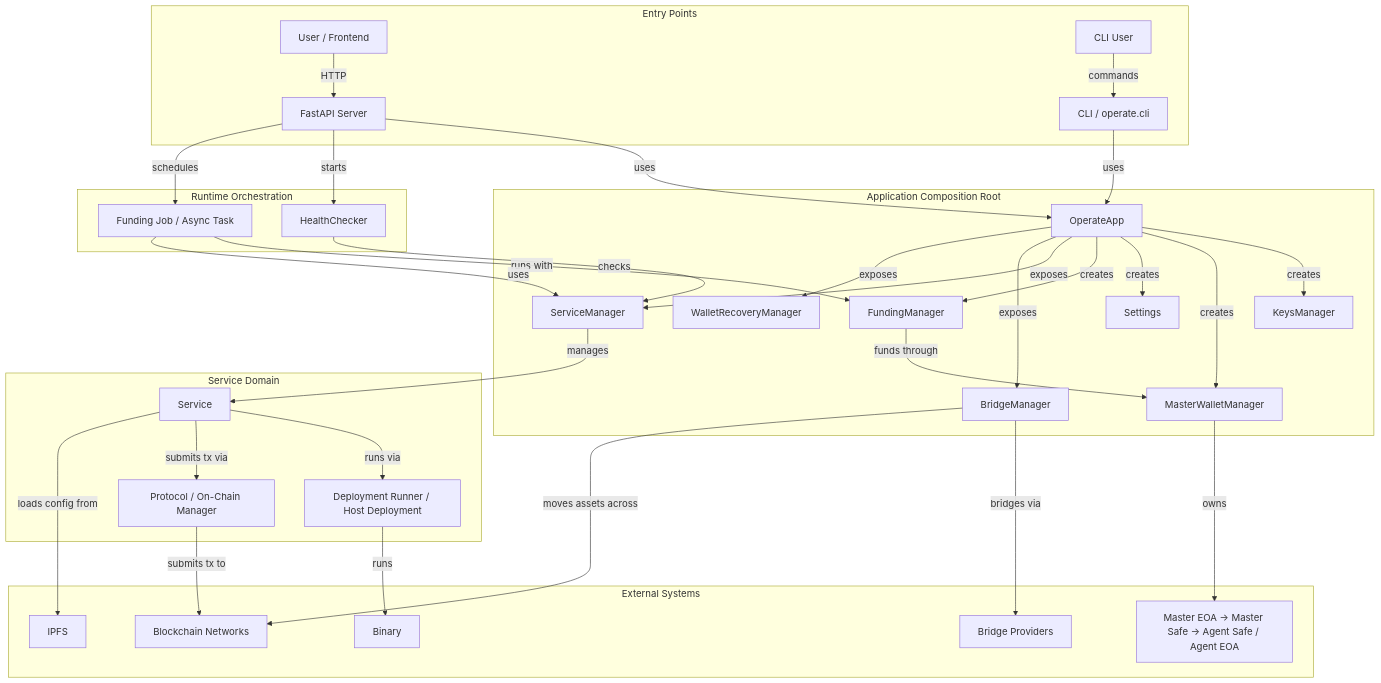
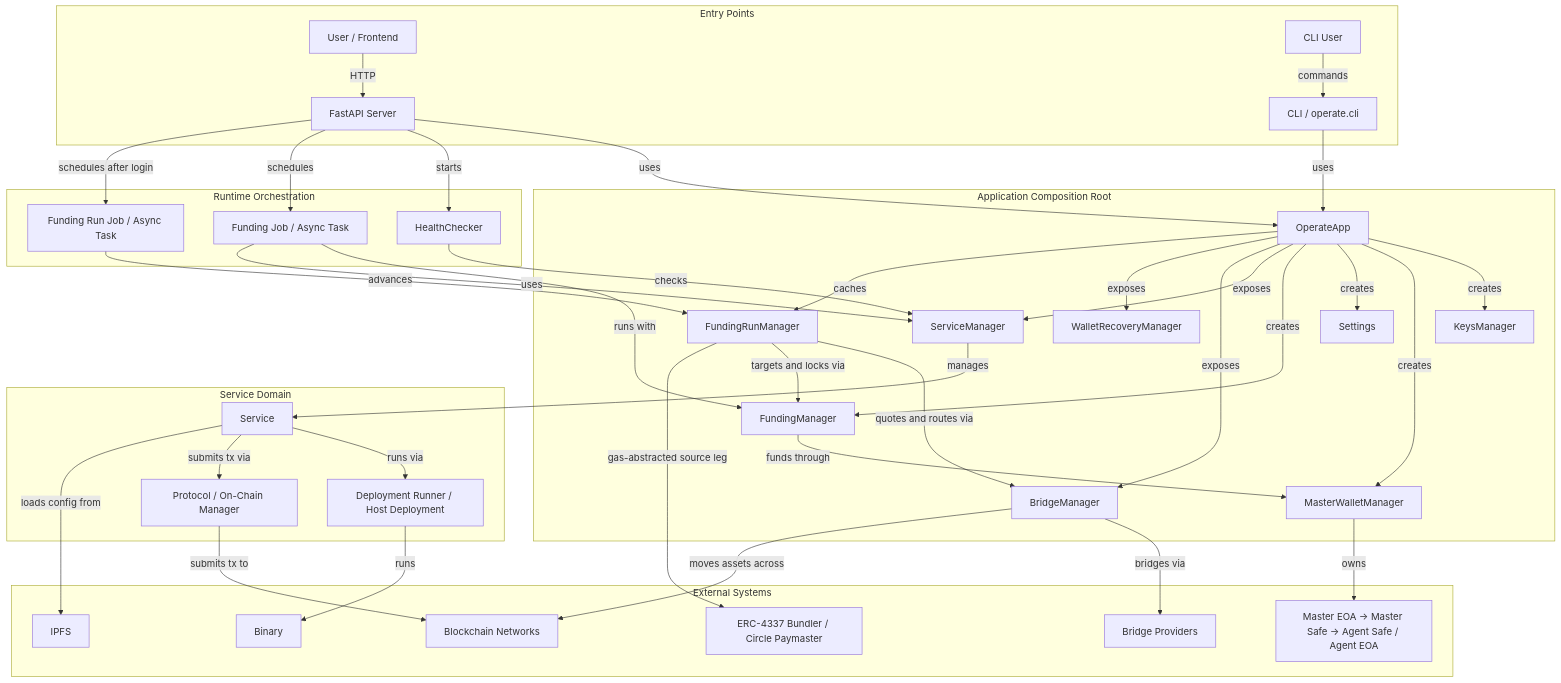
The diagram in CLAUDE.md (valory-xyz/olas-operate-middleware), drawn with Mermaid before and after one commit. The commit also changed other lines of this file and 2 other files, not shown here.

First line of the commit message:
docs: document the funding run, its API and the 7702 custody model

````diff
--- a/CLAUDE.md
+++ b/CLAUDE.md
@@ -16,70 +16,79 @@
 ```mermaid
 flowchart TB
     subgraph EntryPoints[Entry Points]
         user[User / Frontend]
         cliUser[CLI User]
         fastapi[FastAPI Server]
         cli[CLI / operate.cli]
     end
 
     subgraph App[Application Composition Root]
         operateApp[OperateApp]
         keys[KeysManager]
         walletMgr[MasterWalletManager]
         settings[Settings]
         fundingMgr[FundingManager]
         serviceMgr[ServiceManager]
         bridgeMgr[BridgeManager]
+        fundingRunMgr[FundingRunManager]
         walletRecovery[WalletRecoveryManager]
     end
 
     subgraph Runtime[Runtime Orchestration]
         healthChecker[HealthChecker]
         fundingJob[Funding Job / Async Task]
+        fundingRunJob[Funding Run Job / Async Task]
     end
 
     subgraph ServiceDomain[Service Domain]
         service[Service]
         deployment[Deployment Runner / Host Deployment]
         protocol[Protocol / On-Chain Manager]
     end
 
     subgraph External[External Systems]
         agent_runner[Binary]
         ipfs[IPFS]
         bridgeProviders[Bridge Providers]
+        bundler[ERC-4337 Bundler / Circle Paymaster]
         chains[Blockchain Networks]
         walletHierarchy[Master EOA → Master Safe → Agent Safe / Agent EOA]
     end
 
     user -->|HTTP| fastapi
     cliUser -->|commands| cli
     fastapi -->|uses| operateApp
     cli -->|uses| operateApp
 
     operateApp -->|creates| keys
     operateApp -->|creates| walletMgr
     operateApp -->|creates| settings
     operateApp -->|creates| fundingMgr
     operateApp -->|exposes| serviceMgr
     operateApp -->|exposes| bridgeMgr
     operateApp -->|exposes| walletRecovery
+    operateApp -->|caches| fundingRunMgr
 
     fastapi -->|starts| healthChecker
     fastapi -->|schedules| fundingJob
     healthChecker -->|checks| serviceMgr
     fundingJob -->|runs with| fundingMgr
     fundingJob -->|uses| serviceMgr
+    fastapi -->|schedules after login| fundingRunJob
+    fundingRunJob -->|advances| fundingRunMgr
+    fundingRunMgr -->|quotes and routes via| bridgeMgr
+    fundingRunMgr -->|targets and locks via| fundingMgr
+    fundingRunMgr -->|gas-abstracted source leg| bundler
 
     serviceMgr -->|manages| service
     service -->|runs via| deployment
     service -->|submits tx via| protocol
     deployment -->|runs| agent_runner
     service -->|loads config from| ipfs
     protocol -->|submits tx to| chains
 
     walletMgr -->|owns| walletHierarchy
     fundingMgr -->|funds through| walletMgr
     bridgeMgr -->|bridges via| bridgeProviders
     bridgeMgr -->|moves assets across| chains
 ```
````
